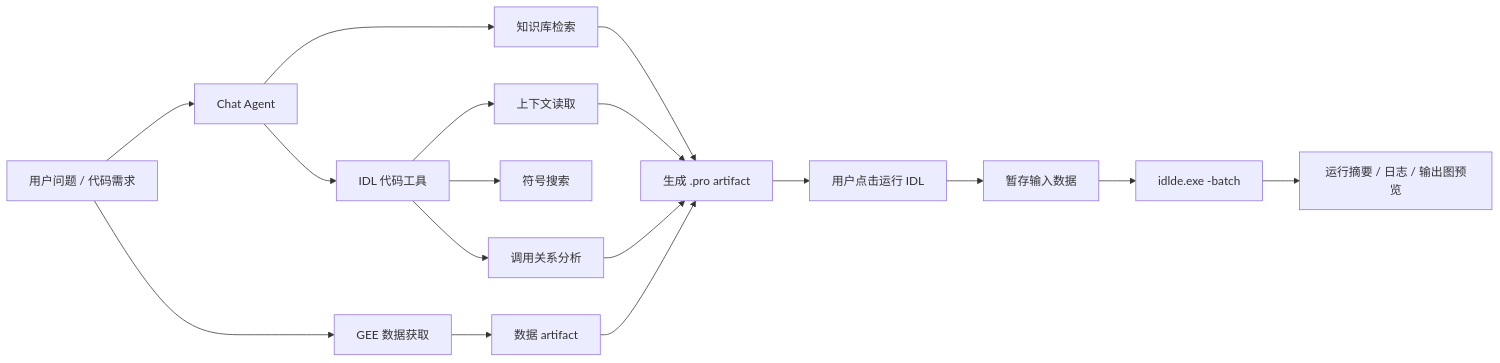
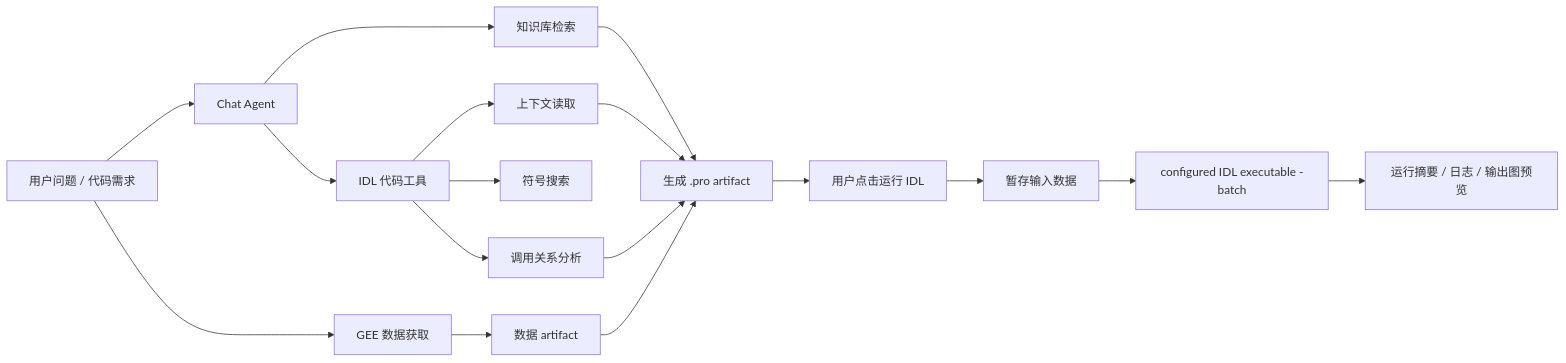
One commit to GeoSyntax/idl-rag changed the first of 3 diagrams in README.md. Above: the diagram before and after it, drawn with Mermaid. The commit also changed other lines of this file and 102 other files, not shown here.

````diff
--- a/README.md
+++ b/README.md
@@ -73,19 +144,19 @@
 ```mermaid
 flowchart LR
   Ask[用户问题 / 代码需求] --> Agent[Chat Agent]
   Agent --> Search[知识库检索]
   Agent --> Tools[IDL 代码工具]
   Ask --> GEE[GEE 数据获取]
   GEE --> Data[数据 artifact]
   Tools --> Symbol[符号搜索]
   Tools --> Context[上下文读取]
   Tools --> Calls[调用关系分析]
   Search --> Pro[生成 .pro artifact]
   Context --> Pro
   Calls --> Pro
   Data --> Pro
   Pro --> Click[用户点击运行 IDL]
   Click --> Stage[暂存输入数据]
-  Stage --> Batch[idlde.exe -batch]
+  Stage --> Batch[configured IDL executable -batch]
   Batch --> Result[运行摘要 / 日志 / 输出图预览]
 ```
````
